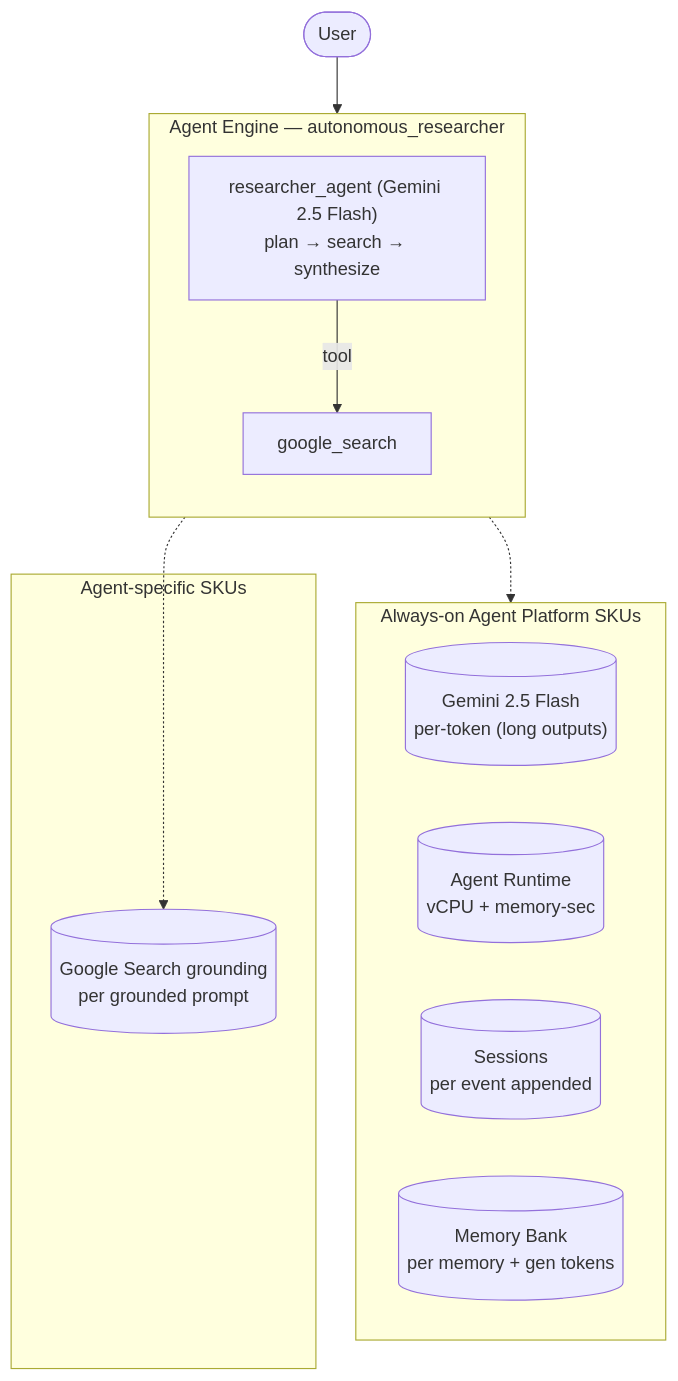
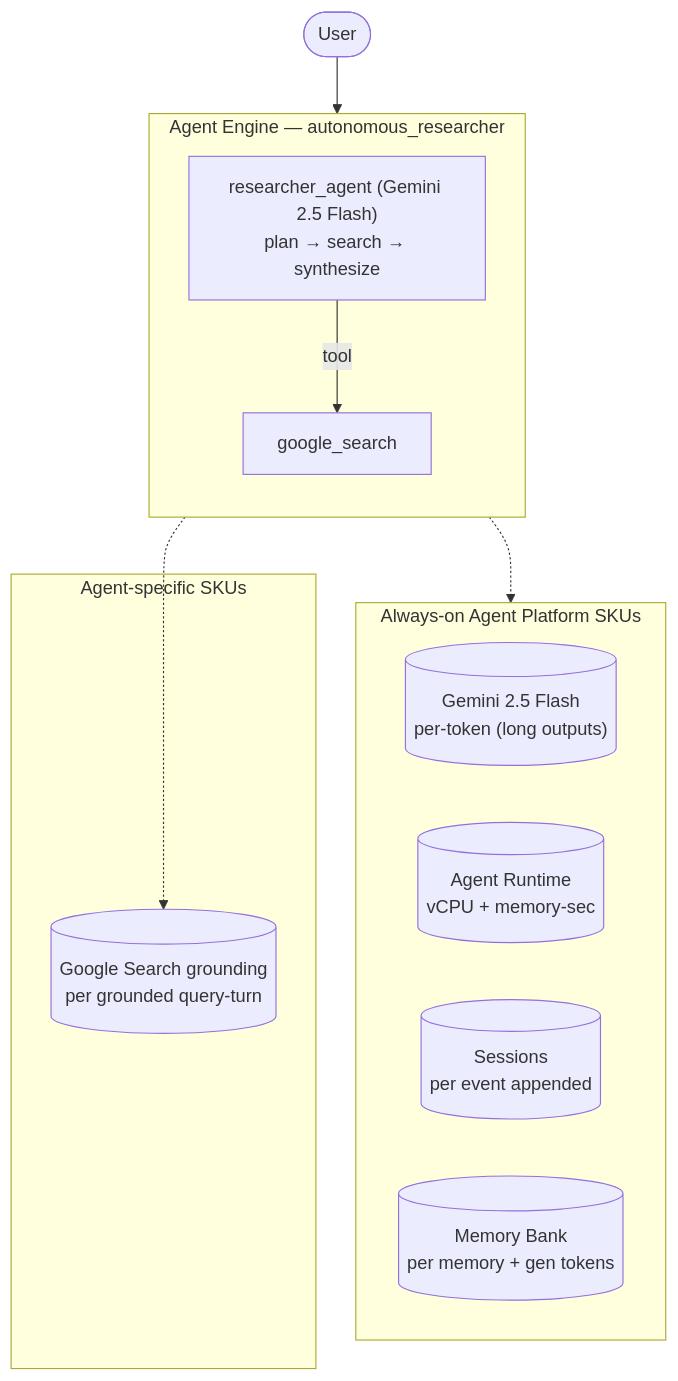
Before and after one commit to jasmeetsb/agent-cost-estimates: the diagram in archetypes/autonomous-researcher.md, drawn with Mermaid. The commit also changed other lines of this file and 4 other files, not shown here.

Commit message:
Readability + terminology pass: consistent coordinator/sub-agent + grounded-query-turn terms, clearer measurement/split notes, collapse repeated scenarios, fix §7 count, expand caveats, README legend

````diff
--- a/archetypes/autonomous-researcher.md
+++ b/archetypes/autonomous-researcher.md
@@ -10,21 +10,21 @@
 ```mermaid
 graph TB
     User([User]) --> Res
     subgraph Engine["Agent Engine — autonomous_researcher"]
         direction TB
         Res["researcher_agent (Gemini 2.5 Flash)<br/>plan → search → synthesize"]
         Res -->|tool| GSt[google_search]
     end
     subgraph Core["Always-on Agent Platform SKUs"]
         direction LR
         Gemini[("Gemini 2.5 Flash<br/>per-token (long outputs)")]
         Runtime[("Agent Runtime<br/>vCPU + memory-sec")]
         Sess[("Sessions<br/>per event appended")]
         MB[("Memory Bank<br/>per memory + gen tokens")]
     end
     subgraph Extras["Agent-specific SKUs"]
-        GS[("Google Search grounding<br/>per grounded prompt")]
+        GS[("Google Search grounding<br/>per grounded query-turn")]
     end
     Engine -.-> Core
     GSt -.-> GS
 ```
````
